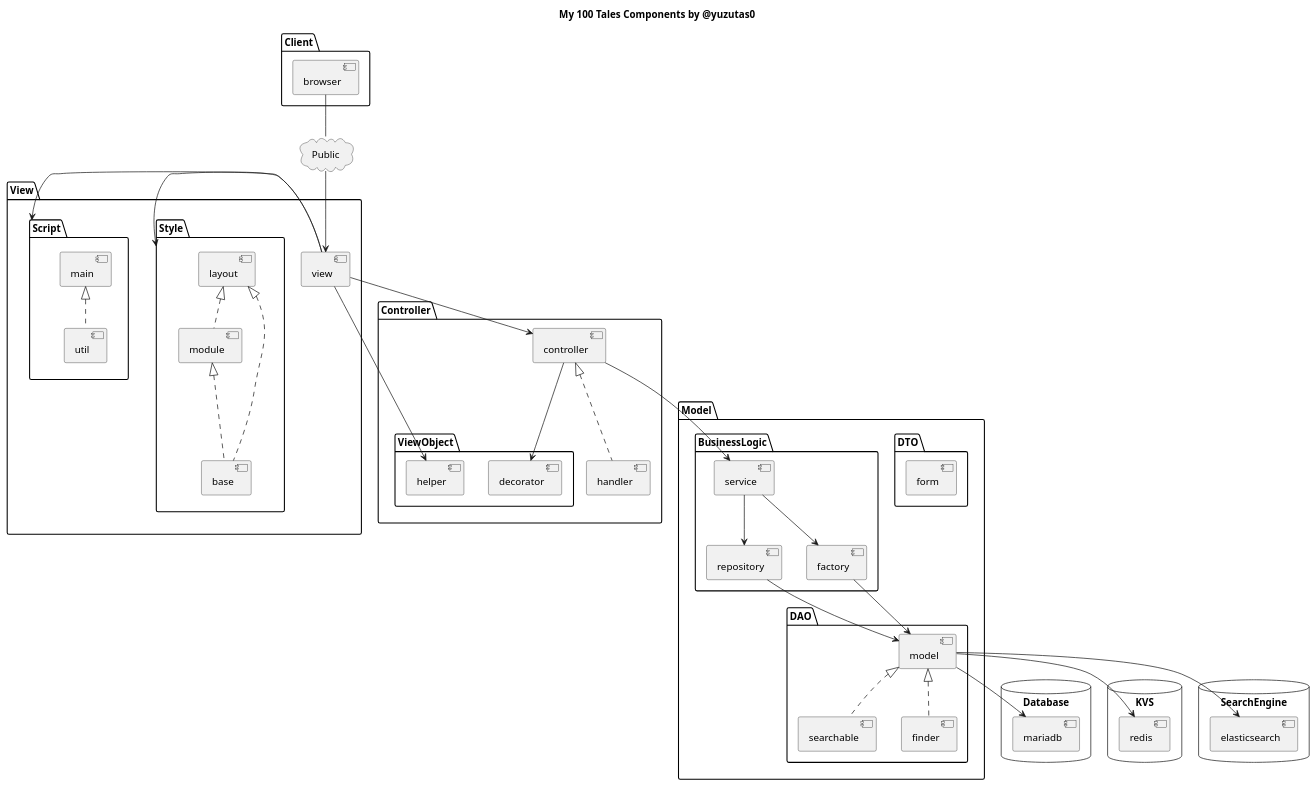
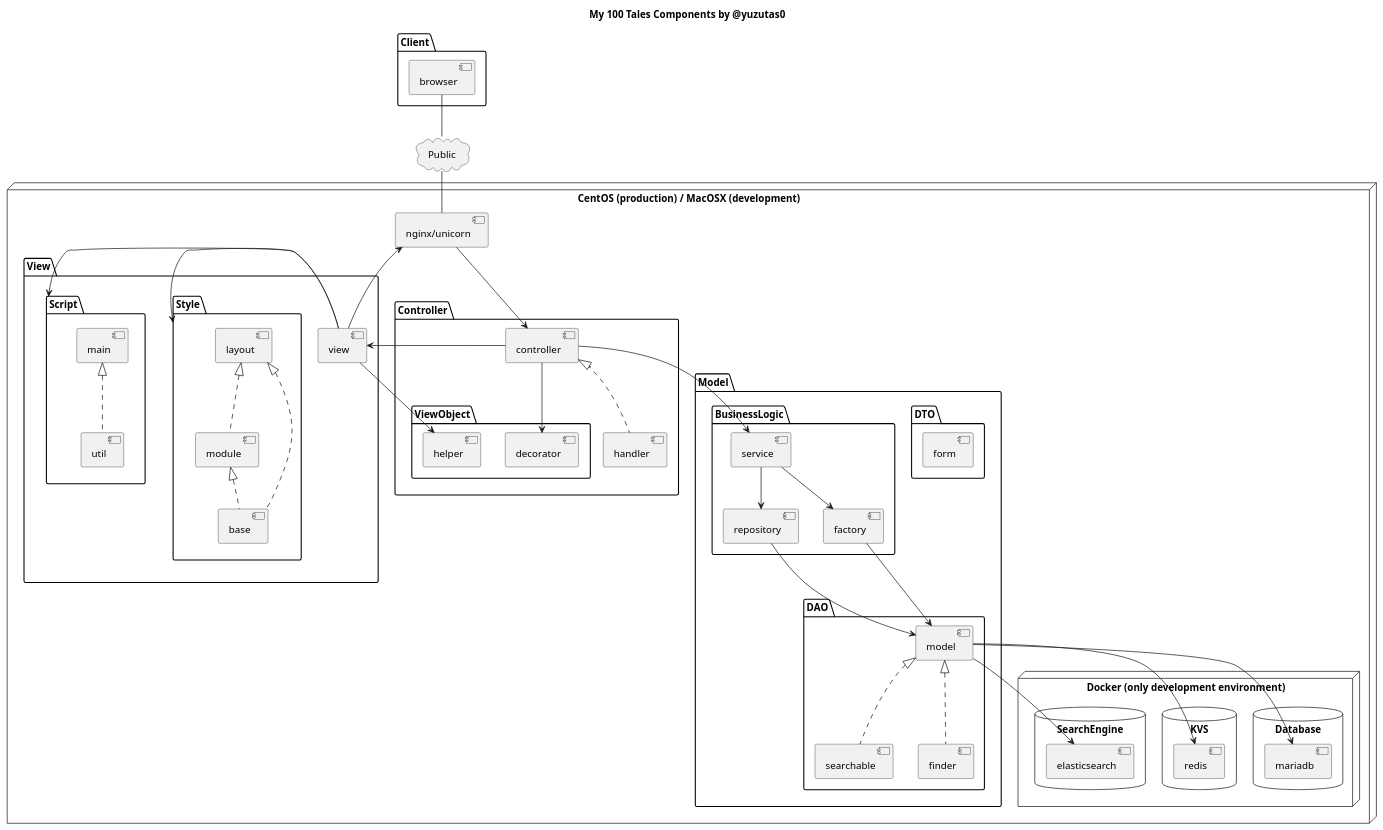
One commit to yuzutas0/my100tales changed the diagram in docs/components.puml. Above: the diagram before and after it, drawn with PlantUML.

Commit message:
fix uml about system configuration diagram

```diff
--- a/docs/components.puml
+++ b/docs/components.puml
@@ -9,72 +9,80 @@
 @startuml
 
 title My 100 Tales Components by @yuzutas0
 
 package "Client" {
   [browser]
 }
 
 cloud Public {
   browser -- Public
 }
 
-package "View" {
-  Public --> [view]
+node "CentOS (production) / MacOSX (development)" {
+  Public -- [nginx/unicorn]
 
-  package "Style" {
-    view -> Style
-    [layout] <|.. [module]
-    layout <|.. [base]
-    module <|.. base
+  package "View" {
+    [view] -> [nginx/unicorn]
+
+    package "Style" {
+      view -> Style
+      [layout] <|.. [module]
+      layout <|.. [base]
+      module <|.. base
+    }
+
+    package "Script" {
+      view -> Script
+      [main] <|.. [util]
+    }
   }
 
-  package "Script" {
-    view -> Script
-    [main] <|.. [util]
+  package "Controller" {
+    [nginx/unicorn] --> [controller]
+    controller --> view
+    controller <|.. [handler]
+
+    package "ViewObject" {
+      view --> [helper]
+      controller --> [decorator]
+    }
+  }
+
+  package "Model" {
+
+    package "DTO" {
+      [form]
+    }
+
+    package "BusinessLogic" {
+      controller --> [service]
+      service --> [repository]
+      service --> [factory]
+    }
+
+    package "DAO" {
+      [model]
+      model <|.. [searchable]
+      model <|.. [finder]
+      factory --> model
+      repository --> model
+    }
+  }
+
+  node "Docker (only development environment)" {
+
+    database "Database" {
+      model --> [mariadb]
+    }
+
+    database "KVS" {
+      model --> [redis]
+    }
+
+    database "SearchEngine" {
+      model --> [elasticsearch]
+    }
   }
 }
 
-package "Controller" {
-  view --> [controller]
-  controller <|.. [handler]
-
-  package "ViewObject" {
-    view --> [helper]
-    controller --> [decorator]
-  }
-}
-
-package "Model" {
-
-  package "DTO" {
-    [form]
-  }
-
-  package "BusinessLogic" {
-    controller --> [service]
-    service --> [repository]
-    service --> [factory]
-  }
-
-  package "DAO" {
-    [model]
-    model <|.. [searchable]
-    model <|.. [finder]
-    factory --> model
-    repository --> model
-  }
-}
-
-database "Database" {
-  model --> [mariadb]
-}
-
-database "KVS" {
-  model --> [redis]
-}
-
-database "SearchEngine" {
-  model --> [elasticsearch]
-}
-
 @enduml
```
